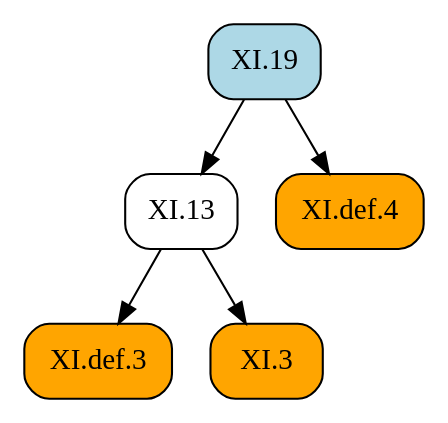
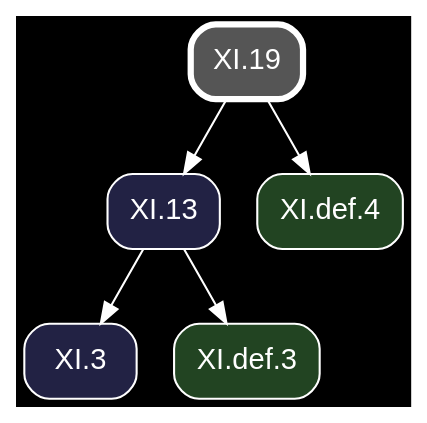
One commit to geometor/elements changed the diagram in docsrc/heath/XI/19/index.rst. Above: the diagram before and after it, drawn with Graphviz. The commit also changed other lines of this file and 1200 other files, not shown here.

Commit message:
update dependency graphs

```diff
--- a/docsrc/heath/XI/19/index.rst
+++ b/docsrc/heath/XI/19/index.rst
@@ -36,15 +36,17 @@
 .. graphviz::
 
    digraph {
+     bgcolor="black";
+     node [shape=box, style="rounded,filled", fontname="Helvetica", color="white", fontcolor="white"];
+     edge [color="white", fontcolor="white"];
      rankdir="TB";
-     node [shape=box, style=rounded];
-     "XI.def.3" [style="rounded,filled", fillcolor=orange, URL="/heath/XI/def.3/", target="_top"];
-     "XI.3" [style="rounded,filled", fillcolor=orange, URL="/heath/XI/3/", target="_top"];
-     "XI.13" [URL="/heath/XI/13/", target="_top"];
-     "XI.def.4" [style="rounded,filled", fillcolor=orange, URL="/heath/XI/def.4/", target="_top"];
-     "XI.19" [style="rounded,filled", fillcolor=lightblue, URL="/heath/XI/19/", target="_top"];
+     "XI.19" [penwidth=3, color="white", fillcolor="#555555", URL="/heath/XI/19/", target="_top"];
+     "XI.13" [fillcolor="#222244", URL="/heath/XI/13/", target="_top"];
+     "XI.3" [fillcolor="#222244", URL="/heath/XI/3/", target="_top"];
+     "XI.def.3" [fillcolor="#224422", URL="/heath/XI/def.3/", target="_top"];
+     "XI.def.4" [fillcolor="#224422", URL="/heath/XI/def.4/", target="_top"];
+     "XI.19" -> "XI.13";
+     "XI.13" -> "XI.3";
      "XI.13" -> "XI.def.3";
-     "XI.13" -> "XI.3";
-     "XI.19" -> "XI.13";
      "XI.19" -> "XI.def.4";
    }
```
